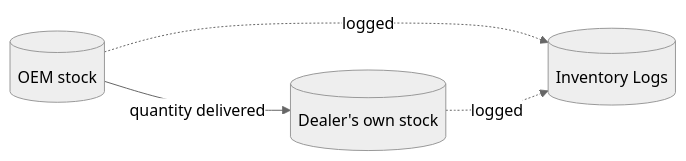
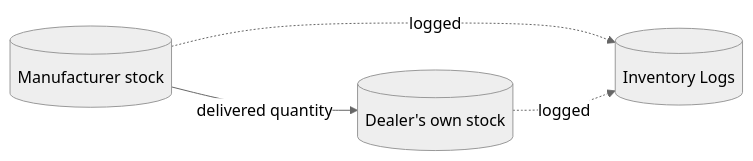
One commit to Rishabh-patidar-dev/EV-CRM- changed the third of 5 diagrams in docs/CLOSED_LOOP_MODULES.md. Above: the diagram before and after it, drawn with Mermaid (neutral theme). The commit also changed other lines of this file and 58 other files, not shown here.

````diff
--- a/docs/CLOSED_LOOP_MODULES.md
+++ b/docs/CLOSED_LOOP_MODULES.md
@@ -148,6 +96,6 @@
 ```mermaid
 flowchart LR
-    OEM[("OEM stock")] -->|"quantity delivered"| Dealer[("Dealer's own stock")]
+    OEM[("Manufacturer stock")] -->|"delivered quantity"| Dealer[("Dealer's own stock")]
     OEM -.->|"logged"| Log[("Inventory Logs")]
     Dealer -.->|"logged"| Log
 ```
````
